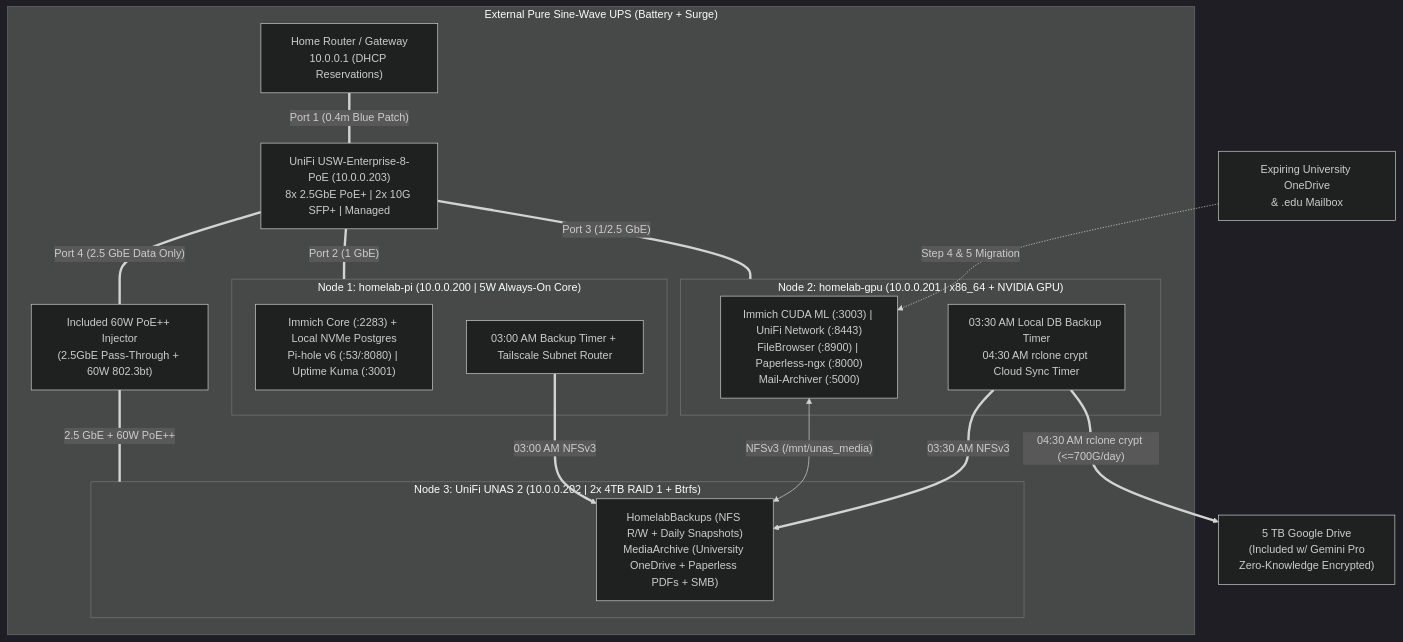
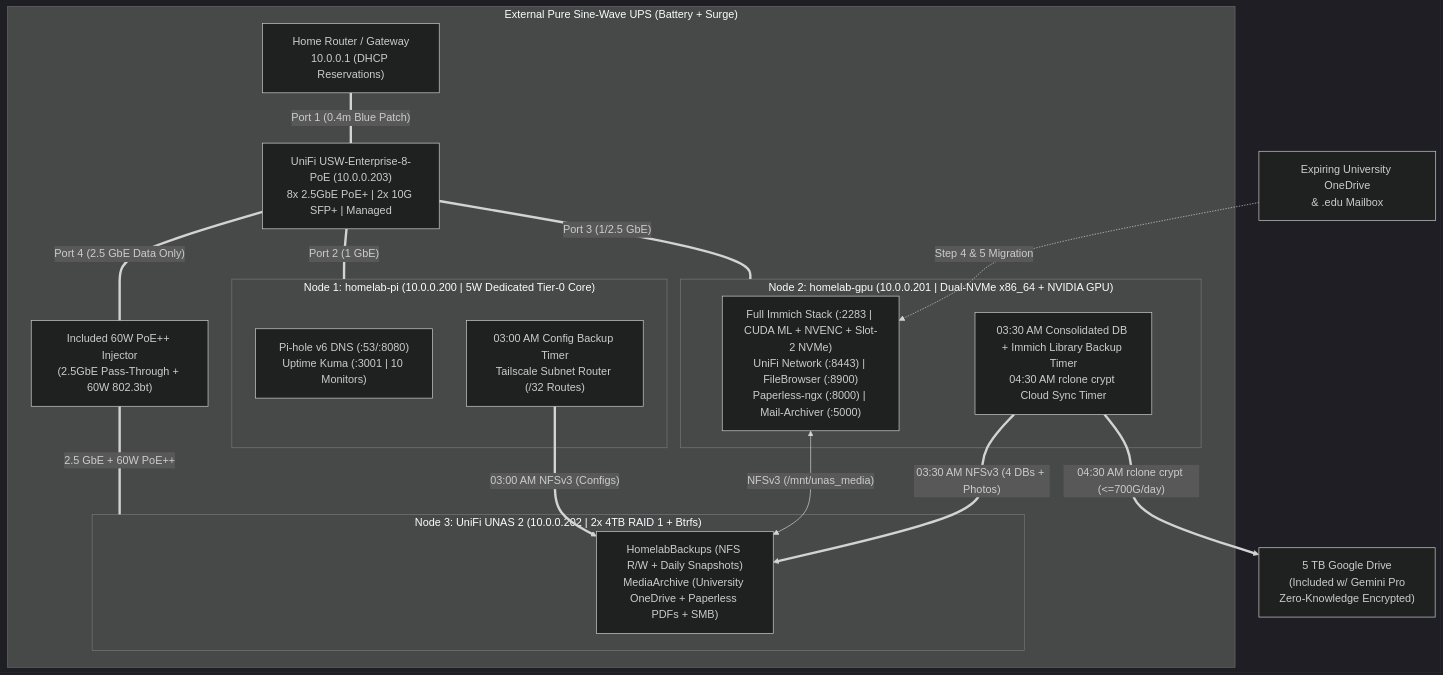
Before and after one commit to rd908213/Homelab-Development: the diagram in modules/03_unifi_nas_and_enterprise_networking/README.md, drawn with Mermaid (dark theme). The commit also changed other lines of this file and 18 other files, not shown here.

Commit message:
Architectural changes to move most apps to the node 2 and keep the rpi as a tier 0 homelab orchestrator.

````diff
--- a/modules/03_unifi_nas_and_enterprise_networking/README.md
+++ b/modules/03_unifi_nas_and_enterprise_networking/README.md
@@ -35,34 +35,34 @@
 ```mermaid
 graph TD
     subgraph UPS ["External Pure Sine-Wave UPS (Battery + Surge)"]
         Router["Home Router / Gateway<br>10.0.0.1 (DHCP Reservations)"]
         Switch["UniFi USW-Enterprise-8-PoE (10.0.0.203)<br>8x 2.5GbE PoE+ | 2x 10G SFP+ | Managed"]
         Injector["Included 60W PoE++ Injector<br>(2.5GbE Pass-Through + 60W 802.3bt)"]
         
-        subgraph Node1 ["Node 1: homelab-pi (10.0.0.200 | 5W Always-On Core)"]
-            PiCore["Immich Core (:2283) + Local NVMe Postgres<br>Pi-hole v6 (:53/:8080) | Uptime Kuma (:3001)"]
-            PiTimer["03:00 AM Backup Timer + Tailscale Subnet Router"]
+        subgraph Node1 ["Node 1: homelab-pi (10.0.0.200 | 5W Dedicated Tier-0 Core)"]
+            PiCore["Pi-hole v6 DNS (:53/:8080)<br>Uptime Kuma (:3001 | 10 Monitors)"]
+            PiTimer["03:00 AM Config Backup Timer<br>Tailscale Subnet Router (/32 Routes)"]
         end
         
-        subgraph Node2 ["Node 2: homelab-gpu (10.0.0.201 | x86_64 + NVIDIA GPU)"]
-            GPUApps["Immich CUDA ML (:3003) | UniFi Network (:8443)<br>FileBrowser (:8900) | Paperless-ngx (:8000)<br>Mail-Archiver (:5000)"]
-            GPUTimers["03:30 AM Local DB Backup Timer<br>04:30 AM rclone crypt Cloud Sync Timer"]
+        subgraph Node2 ["Node 2: homelab-gpu (10.0.0.201 | Dual-NVMe x86_64 + NVIDIA GPU)"]
+            GPUApps["Full Immich Stack (:2283 | CUDA ML + NVENC + Slot-2 NVMe)<br>UniFi Network (:8443) | FileBrowser (:8900)<br>Paperless-ngx (:8000) | Mail-Archiver (:5000)"]
+            GPUTimers["03:30 AM Consolidated DB + Immich Library Backup Timer<br>04:30 AM rclone crypt Cloud Sync Timer"]
         end
         
         subgraph Node3 ["Node 3: UniFi UNAS 2 (10.0.0.202 | 2x 4TB RAID 1 + Btrfs)"]
             Shares["HomelabBackups (NFS R/W + Daily Snapshots)<br>MediaArchive (University OneDrive + Paperless PDFs + SMB)"]
         end
     end
     
     UniOD["Expiring University OneDrive<br>& .edu Mailbox"] -. "Step 4 & 5 Migration" .-> GPUApps
     Router ===|"Port 1 (0.4m Blue Patch)"| Switch
     Switch ===|"Port 2 (1 GbE)"| Node1
     Switch ===|"Port 3 (1/2.5 GbE)"| Node2
     Switch ===|"Port 4 (2.5 GbE Data Only)"| Injector
     Injector ===|"2.5 GbE + 60W PoE++"| Node3
     
-    PiTimer ==>|"03:00 AM NFSv3"| Shares
-    GPUTimers ==>|"03:30 AM NFSv3"| Shares
+    PiTimer ==>|"03:00 AM NFSv3 (Configs)"| Shares
+    GPUTimers ==>|"03:30 AM NFSv3 (4 DBs + Photos)"| Shares
     GPUApps <-->|"NFSv3 (/mnt/unas_media)"| Shares
     GPUTimers ==>|"04:30 AM rclone crypt (<=700G/day)"| GDrive["5 TB Google Drive<br>(Included w/ Gemini Pro<br>Zero-Knowledge Encrypted)"]
 ```
````
